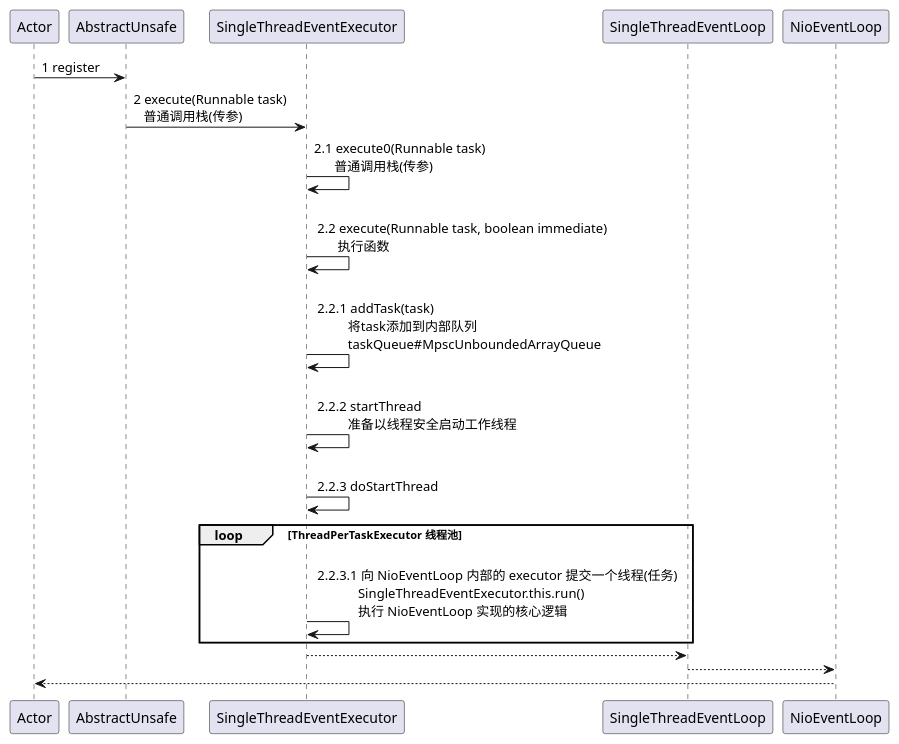
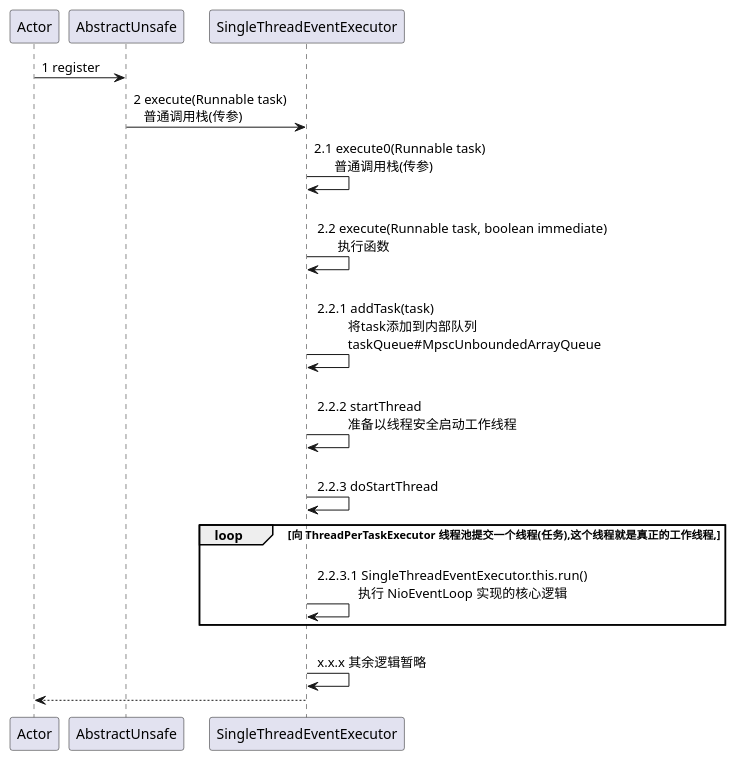
Before and after one commit to Simba-cheng/netty: the diagram in puml/AbstractUnsafe#register.puml, drawn with PlantUML. The commit also changed 1 other file, not shown here.

Commit message:
refactor(code): 源码添加注释、流程图、类图

```diff
--- a/puml/AbstractUnsafe#register.puml
+++ b/puml/AbstractUnsafe#register.puml
@@ -1,24 +1,22 @@
 @startuml participant
 
 Actor -> AbstractUnsafe: 1 register
 
 AbstractUnsafe -> SingleThreadEventExecutor: 2 execute(Runnable task) \n   普通调用栈(传参)
 SingleThreadEventExecutor -> SingleThreadEventExecutor: 2.1 execute0(Runnable task) \n      普通调用栈(传参)
 SingleThreadEventExecutor -> SingleThreadEventExecutor: \n 2.2 execute(Runnable task, boolean immediate) \n       执行函数
 SingleThreadEventExecutor -> SingleThreadEventExecutor: \n 2.2.1 addTask(task) \n          将task添加到内部队列 \n          taskQueue#MpscUnboundedArrayQueue
 SingleThreadEventExecutor -> SingleThreadEventExecutor: \n 2.2.2 startThread \n          准备以线程安全启动工作线程
 
 SingleThreadEventExecutor -> SingleThreadEventExecutor: \n 2.2.3 doStartThread
 
 ' ----- 分割线 -----
-loop ThreadPerTaskExecutor 线程池
-SingleThreadEventExecutor -> SingleThreadEventExecutor: \n 2.2.3.1 向 NioEventLoop 内部的 executor 提交一个线程(任务) \n             SingleThreadEventExecutor.this.run() \n             执行 NioEventLoop 实现的核心逻辑
+loop 向 ThreadPerTaskExecutor 线程池提交一个线程(任务),这个线程就是真正的工作线程,
+SingleThreadEventExecutor -> SingleThreadEventExecutor: \n 2.2.3.1 SingleThreadEventExecutor.this.run() \n             执行 NioEventLoop 实现的核心逻辑
 end
 ' ----- 分割线 -----
 
+SingleThreadEventExecutor -> SingleThreadEventExecutor: \n x.x.x 其余逻辑暂略
 
-SingleThreadEventLoop <-- SingleThreadEventExecutor
-NioEventLoop <-- SingleThreadEventLoop
-
-Actor <-- NioEventLoop
+Actor <-- SingleThreadEventExecutor
 @enduml
```
